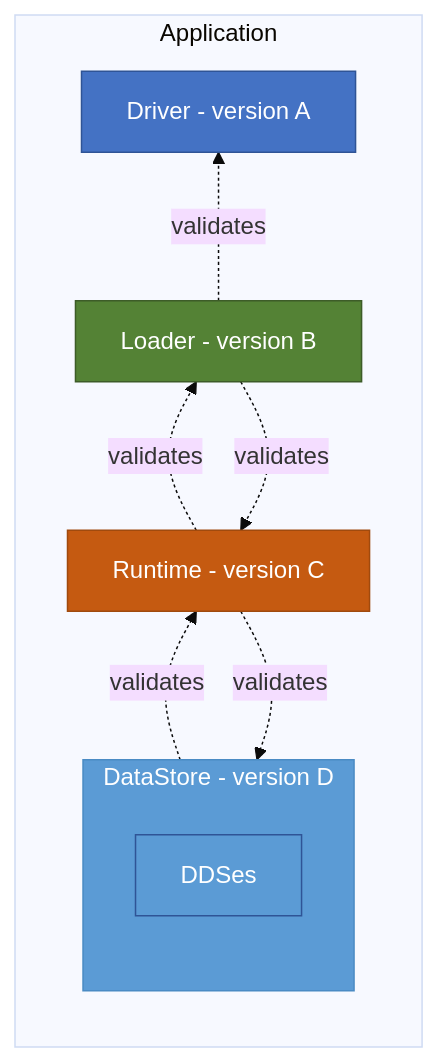
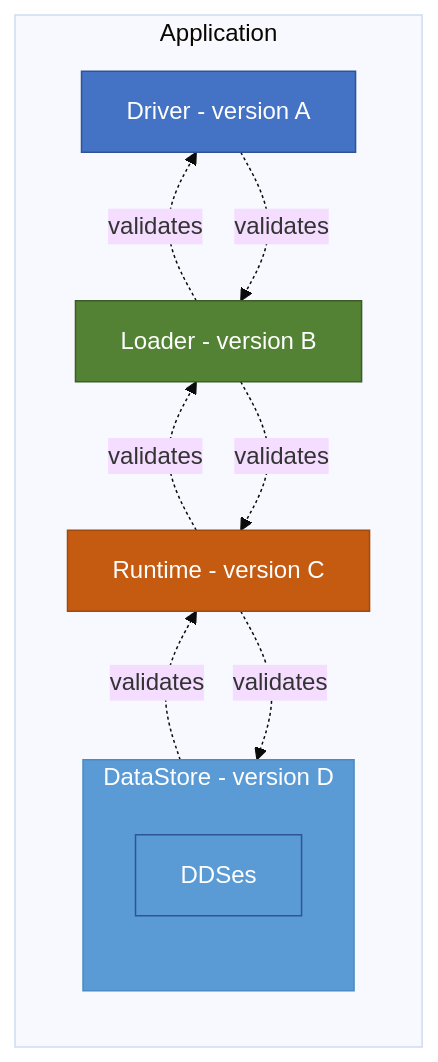
Before and after one commit to microsoft/FluidFramework: the diagram in LayerCompatibility.md, drawn with Mermaid (base theme). The commit also changed other lines of this file, not shown here.

First line of the commit message:
docs(layer-compat): document bidirectional Loader/Driver validation

````diff
--- a/LayerCompatibility.md
+++ b/LayerCompatibility.md
@@ -32,26 +32,27 @@
 ```mermaid
 flowchart
     subgraph Application
         direction BT
         Driver[Driver - version A]
         Loader[Loader - version B]
         Runtime[Runtime - version C]
         subgraph DataStore[DataStore - version D]
             DDSes[DDSes]
         end
     end
 
     %% Validation relationships
     Loader -.->|validates| Driver
+    Driver -.->|validates| Loader
     Loader -.->|validates| Runtime
     Runtime -.->|validates| Loader
     Runtime -.->|validates| DataStore
     DataStore -.->|validates| Runtime
 
     %% Node styles
     style Driver fill:#4472c4,stroke:#2f5496,color:#fff
     style Loader fill:#548235,stroke:#3d5c28,color:#fff
     style Runtime fill:#c55a11,stroke:#a04a0e,color:#fff
     style DataStore fill:#5b9bd5,stroke:#4a8bc4,color:#fff
     style DDSes fill:#5b9bd5,stroke:#2f5496,color:#fff,stroke-width:1px
 ```
````
